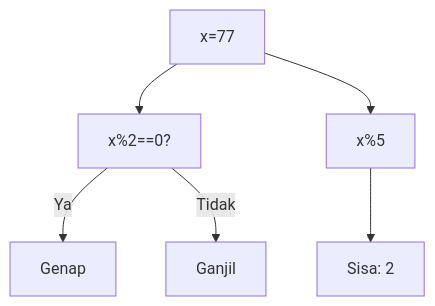
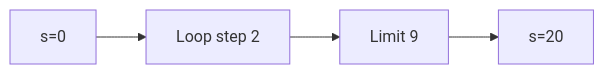
Diagram 20 of 25 in part-c-pemahaman-cpp/03-perulangan/latihan/set-07.md (amnahwaida/OSNK_INF_PREP), drawn with Mermaid before and after one commit. The commit also changed other lines of this file and 71 other files, not shown here.

````diff
--- a/part-c-pemahaman-cpp/03-perulangan/latihan/set-07.md
+++ b/part-c-pemahaman-cpp/03-perulangan/latihan/set-07.md
@@ -627,8 +534,6 @@
 ```mermaid
-graph TD
-A["x=77"] --> B["x%2==0?"]
-B -- Ya --> C["Genap"]
-B -- Tidak --> D["Ganjil"]
-A --> E["x%5"]
-E --> F["Sisa: 2"]
+graph LR
+A["s=0"] --> B["Loop step 2"]
+B --> C["Limit 9"]
+C --> D["s=20"]
 ```
````
